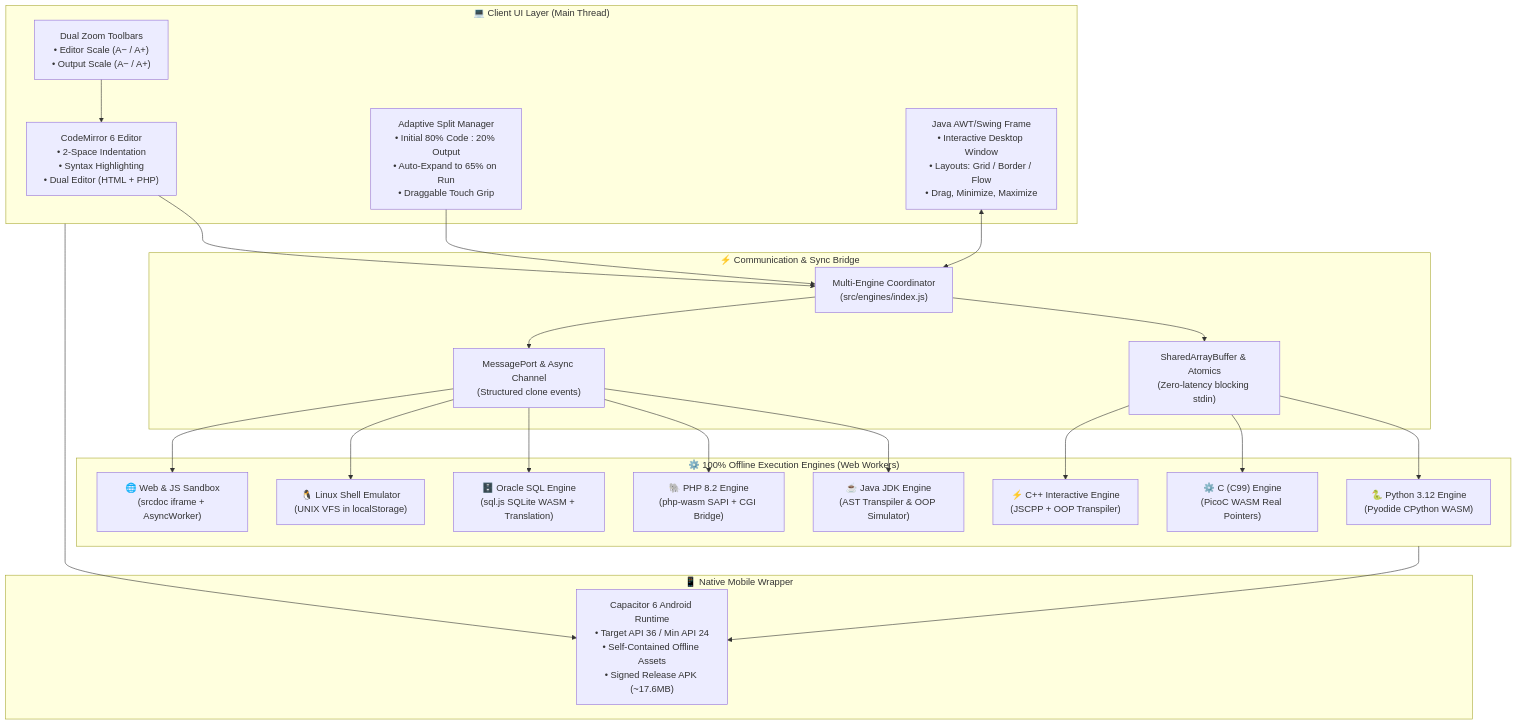
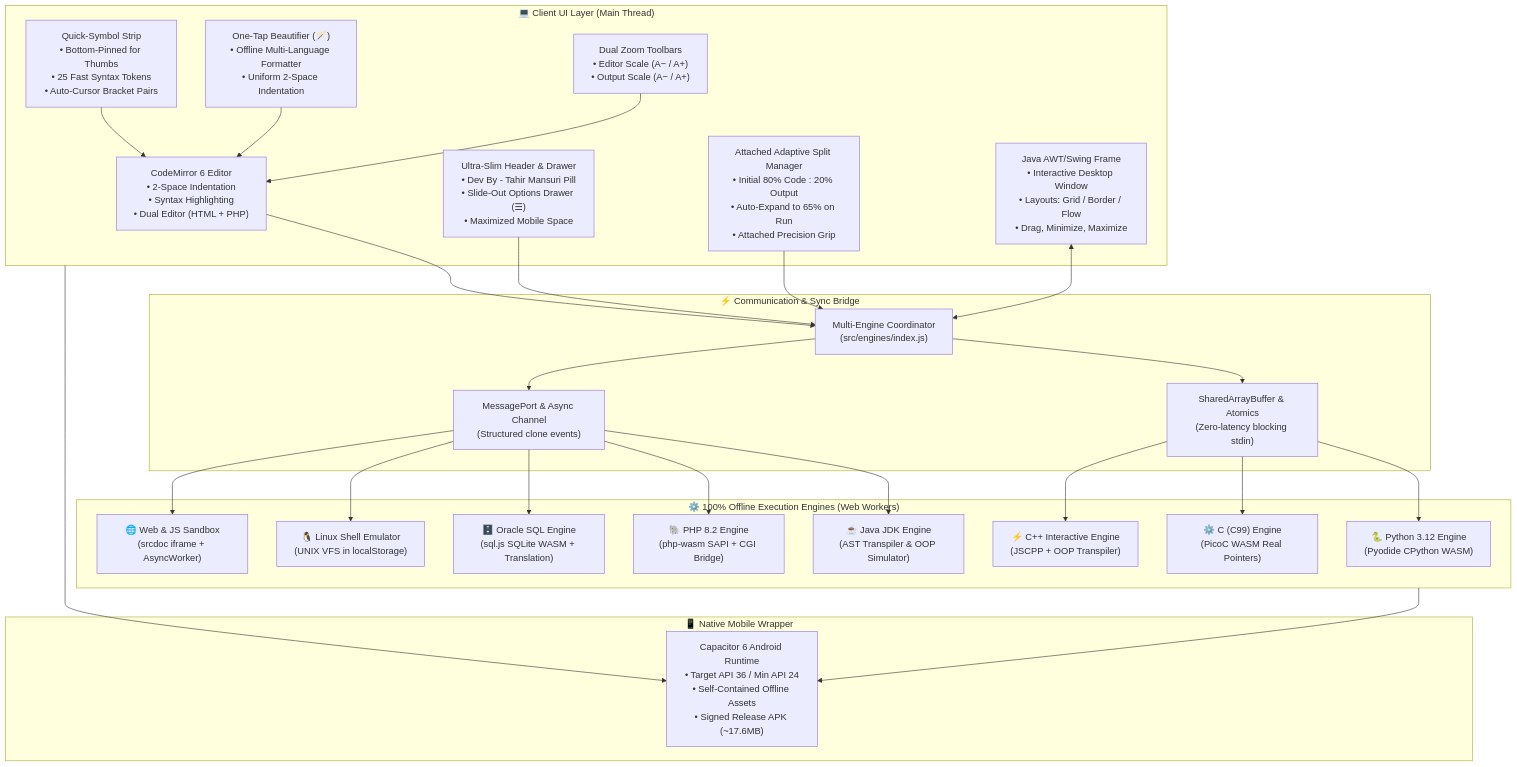
One commit to TahirMansuri/ThinkCode-Lab changed the diagram in README.md. Above: the diagram before and after it, drawn with Mermaid. The commit also changed other lines of this file and 1 other file, not shown here.

Commit message:
docs(readme): update README with attached IDE layout, bottom quick-symbol bar, beautifier, slim header & docs/08

````diff
--- a/README.md
+++ b/README.md
@@ -69,49 +72,55 @@
 ```mermaid
 flowchart TD
   subgraph UI["💻 Client UI Layer (Main Thread)"]
     CM["CodeMirror 6 Editor\n• 2-Space Indentation\n• Syntax Highlighting\n• Dual Editor (HTML + PHP)"]
-    SM["Adaptive Split Manager\n• Initial 80% Code : 20% Output\n• Auto-Expand to 65% on Run\n• Draggable Touch Grip"]
+    QB["Quick-Symbol Strip\n• Bottom-Pinned for Thumbs\n• 25 Fast Syntax Tokens\n• Auto-Cursor Bracket Pairs"]
+    FMT["One-Tap Beautifier (🪄)\n• Offline Multi-Language Formatter\n• Uniform 2-Space Indentation"]
+    HDR["Ultra-Slim Header & Drawer\n• Dev By - Tahir Mansuri Pill\n• Slide-Out Options Drawer (☰)\n• Maximized Mobile Space"]
+    SM["Attached Adaptive Split Manager\n• Initial 80% Code : 20% Output\n• Auto-Expand to 65% on Run\n• Attached Precision Grip"]
     GUI["Java AWT/Swing Frame\n• Interactive Desktop Window\n• Layouts: Grid / Border / Flow\n• Drag, Minimize, Maximize"]
     ZM["Dual Zoom Toolbars\n• Editor Scale (A− / A+)\n• Output Scale (A− / A+)"]
   end
 
   subgraph Bridge["⚡ Communication & Sync Bridge"]
     COORD["Multi-Engine Coordinator\n(src/engines/index.js)"]
     SAB["SharedArrayBuffer & Atomics\n(Zero-latency blocking stdin)"]
     MSG["MessagePort & Async Channel\n(Structured clone events)"]
   end
 
   subgraph Engines["⚙️ 100% Offline Execution Engines (Web Workers)"]
     PY["🐍 Python 3.12 Engine\n(Pyodide CPython WASM)"]
     JAVA["☕ Java JDK Engine\n(AST Transpiler & OOP Simulator)"]
     C["⚙️ C (C99) Engine\n(PicoC WASM Real Pointers)"]
     CPP["⚡ C++ Interactive Engine\n(JSCPP + OOP Transpiler)"]
     PHP["🐘 PHP 8.2 Engine\n(php-wasm SAPI + CGI Bridge)"]
     SQL["🗄️ Oracle SQL Engine\n(sql.js SQLite WASM + Translation)"]
     SH["🐧 Linux Shell Emulator\n(UNIX VFS in localStorage)"]
     WEB["🌐 Web & JS Sandbox\n(srcdoc iframe + AsyncWorker)"]
   end
 
   subgraph Native["📱 Native Mobile Wrapper"]
     CAP["Capacitor 6 Android Runtime\n• Target API 36 / Min API 24\n• Self-Contained Offline Assets\n• Signed Release APK (~17.6MB)"]
   end
 
   CM --> COORD
+  QB --> CM
+  FMT --> CM
   SM --> COORD
+  HDR --> COORD
   COORD --> SAB
   COORD --> MSG
   GUI <--> COORD
   ZM --> CM
 
   SAB --> PY
   SAB --> C
   SAB --> CPP
   MSG --> JAVA
   MSG --> PHP
   MSG --> SQL
   MSG --> SH
   MSG --> WEB
 
   UI --> CAP
   Engines --> CAP
 ```
````
